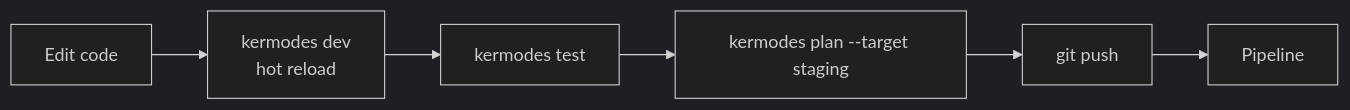
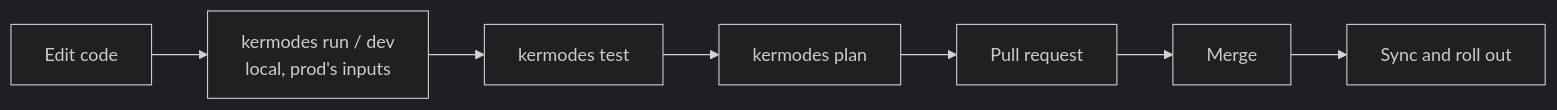
Before and after one commit to reecetec/kermodes: the second of 3 diagrams in docs/architecture.md, drawn with Mermaid (dark theme). The commit also changed other lines of this file, not shown here.

First line of the commit message:
Design delivery as git sync with zero-downtime rollouts

````diff
--- a/docs/architecture.md
+++ b/docs/architecture.md
@@ -796,8 +805,9 @@
 ```mermaid
 flowchart LR
-  E[Edit code] --> D["kermodes dev\nhot reload"]
-  D --> T[kermodes test]
-  T --> P["kermodes plan --target staging"]
-  P --> G[git push]
-  G --> PL[Pipeline]
+  E[Edit code] --> R["kermodes run / dev\nlocal, prod's inputs"]
+  R --> T[kermodes test]
+  T --> P[kermodes plan]
+  P --> PR[Pull request]
+  PR --> M[Merge]
+  M --> S[Sync and roll out]
 ```
````
